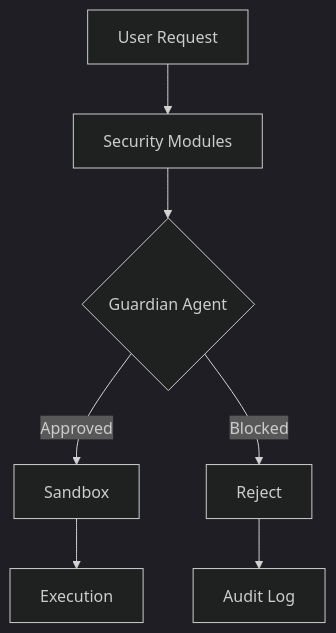
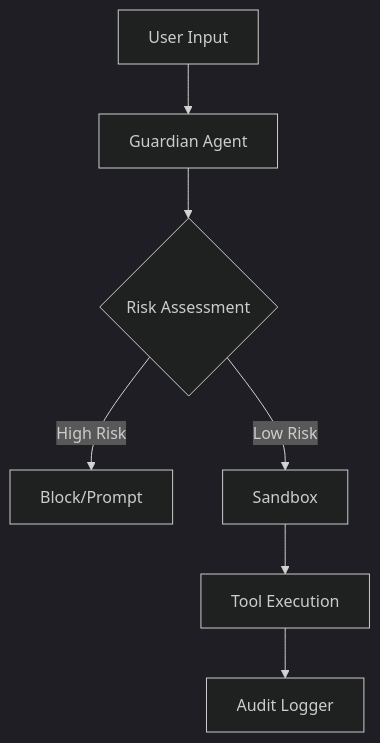
Before and after one commit to Zeeeepa/code-buddy: the diagram in .codebuddy/docs/6-security.md, drawn with Mermaid (dark theme). The commit also changed other lines of this file and 29 other files, not shown here.

````diff
--- a/.codebuddy/docs/6-security.md
+++ b/.codebuddy/docs/6-security.md
@@ -42,9 +44,9 @@
 ```mermaid
 graph TD
-    A[User Request] --> B[Security Modules]
-    B --> C{Guardian Agent}
-    C -->|Approved| D[Sandbox]
-    C -->|Blocked| E[Reject]
-    D --> F[Execution]
-    E --> G[Audit Log]
+    A[User Input] --> B[Guardian Agent]
+    B --> C{Risk Assessment}
+    C -->|High Risk| D[Block/Prompt]
+    C -->|Low Risk| E[Sandbox]
+    E --> F[Tool Execution]
+    F --> G[Audit Logger]
 ```
````
